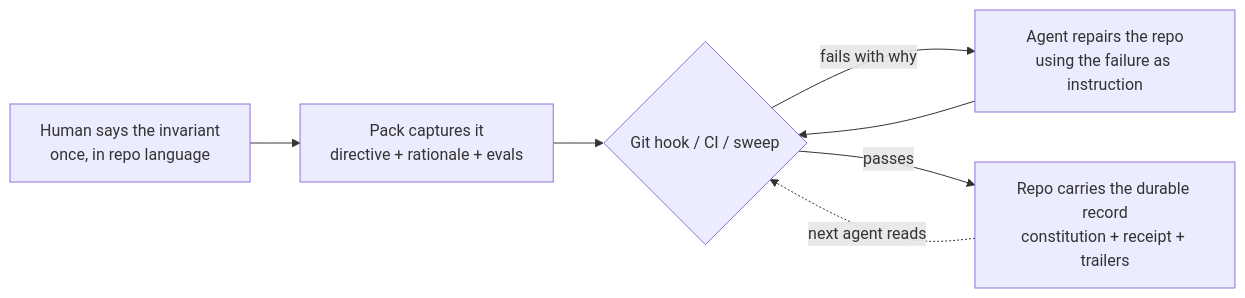
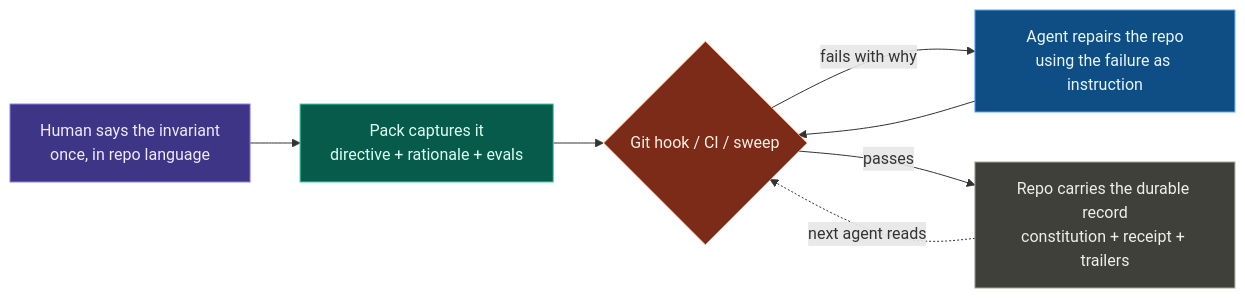
One commit to Duaility/governance-kit changed the first of 6 diagrams in README.md. Above: the diagram before and after it, drawn with Mermaid. The commit also changed other lines of this file and 1 other file, not shown here.

````diff
--- a/README.md
+++ b/README.md
@@ -51,14 +51,25 @@
 ```mermaid
 flowchart LR
     H["Human says the invariant<br/>once, in repo language"]
     P["Pack captures it<br/>directive + rationale + evals"]
     G{"Git hook / CI / sweep"}
     A["Agent repairs the repo<br/>using the failure as instruction"]
     R["Repo carries the durable record<br/>constitution + receipt + trailers"]
 
     H --> P --> G
     G -- "fails with why" --> A
     A --> G
     G -- "passes" --> R
     R -.->|"next agent reads"| G
+
+    classDef human fill:#3f3586,stroke:#8b7ff0,color:#eeeaff
+    classDef directive fill:#075b4a,stroke:#36d6af,color:#dcfff4
+    classDef gate fill:#7b2b17,stroke:#ef9673,color:#fff0e8
+    classDef agent fill:#0e4e85,stroke:#5aa8e9,color:#e9f5ff
+    classDef record fill:#3f403a,stroke:#a5a49b,color:#efeee8
+    class H human
+    class P directive
+    class G gate
+    class A agent
+    class R record
 ```
````
